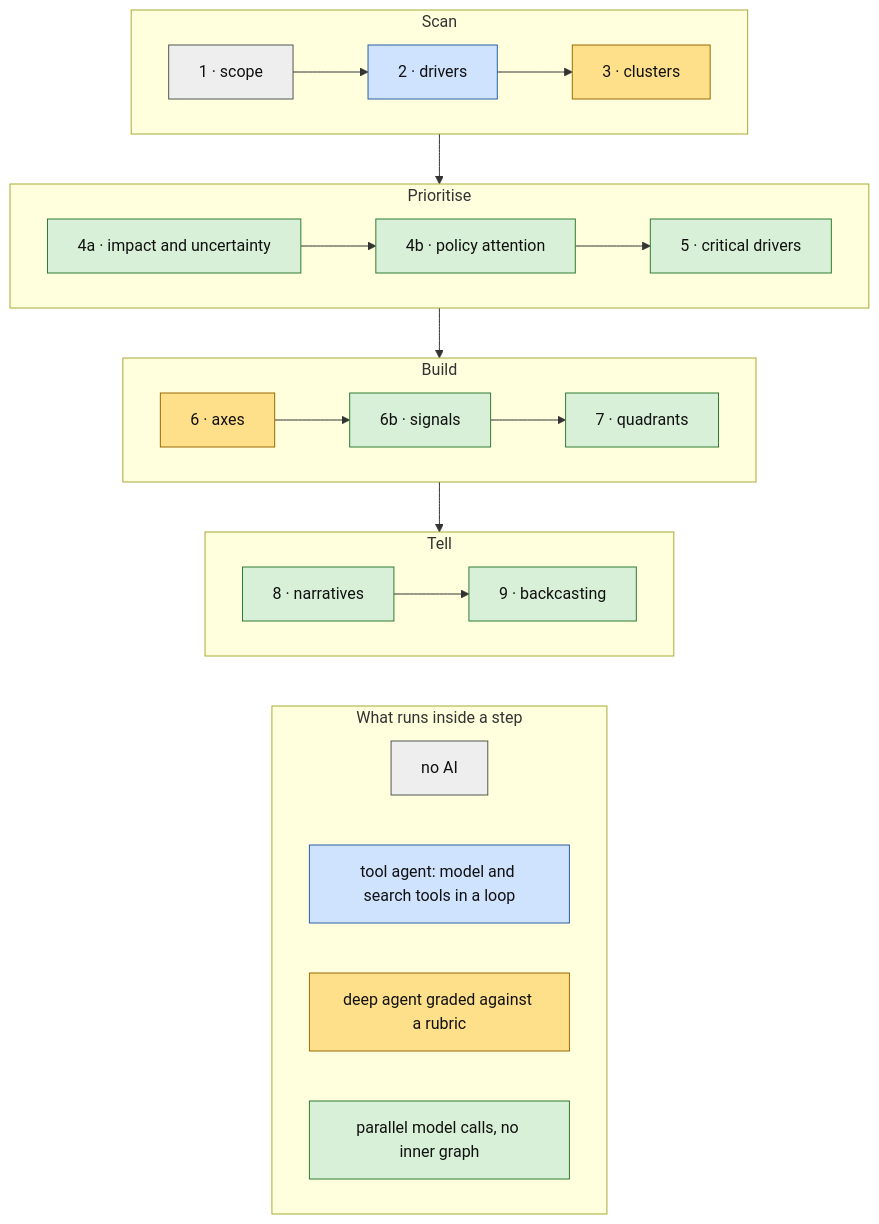
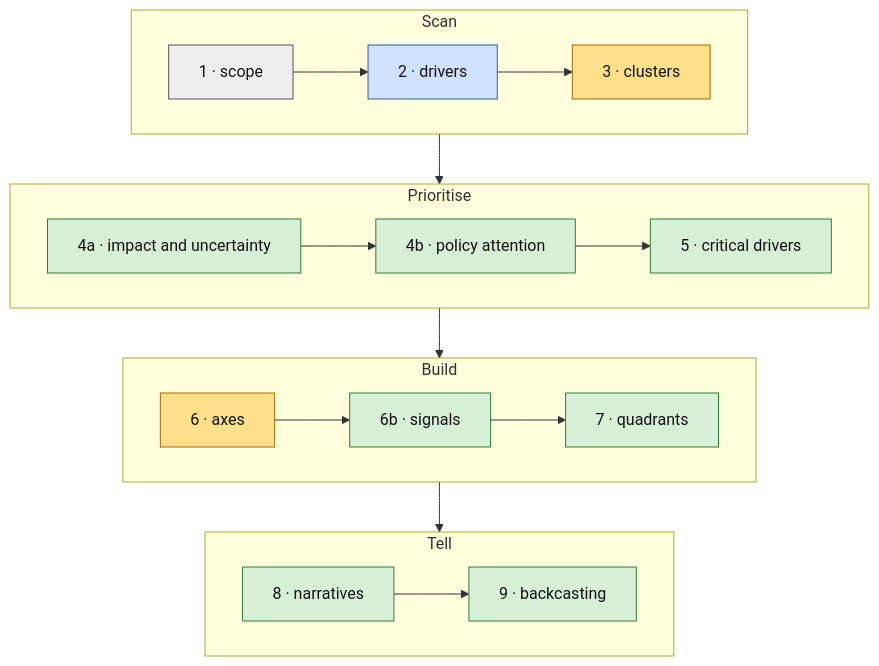
The diagram in docs/graphs/overview.mmd (CENTRO-INTERNACIONAL-DE-LA-PAPA/digital-futures), drawn with Mermaid before and after one commit. The commit also changed 6 other files, not shown here.

Commit message:
Draw the graphs in plain Mermaid so they render in any Markdown preview

```diff
--- a/docs/graphs/overview.mmd
+++ b/docs/graphs/overview.mmd
@@ -1,36 +1,27 @@
 flowchart TB
     subgraph scan["Scan"]
         direction LR
         scope["1 · scope"] --> drivers["2 · drivers"] --> clusters["3 · clusters"]
     end
     subgraph prioritise["Prioritise"]
         direction LR
         score_impact["4a · impact and uncertainty"] --> score_policy["4b · policy attention"] --> critical["5 · critical drivers"]
     end
     subgraph build["Build"]
         direction LR
         axes["6 · axes"] --> signals["6b · signals"] --> quadrants["7 · quadrants"]
     end
     subgraph tell["Tell"]
         direction LR
         narratives["8 · narratives"] --> backcast["9 · backcasting"]
     end
     scan --> prioritise --> build --> tell
 
-    subgraph legend["What runs inside a step"]
-        direction LR
-        k0["no AI"]
-        k1["tool agent: model and search tools in a loop"]
-        k2["deep agent graded against a rubric"]
-        k3["parallel model calls, no inner graph"]
-    end
-    tell ~~~ legend
-
     classDef plain fill:#eeeeee,stroke:#555555,color:#111111
     classDef tool fill:#cfe3ff,stroke:#2b5fa8,color:#111111
     classDef deep fill:#ffe08a,stroke:#9a6b00,color:#111111
     classDef calls fill:#d8f0d8,stroke:#2f7d32,color:#111111
-    class scope,k0 plain
-    class drivers,k1 tool
-    class clusters,axes,k2 deep
-    class score_impact,score_policy,critical,signals,quadrants,narratives,backcast,k3 calls
+    class scope plain
+    class drivers tool
+    class clusters,axes deep
+    class score_impact,score_policy,critical,signals,quadrants,narratives,backcast calls
```
